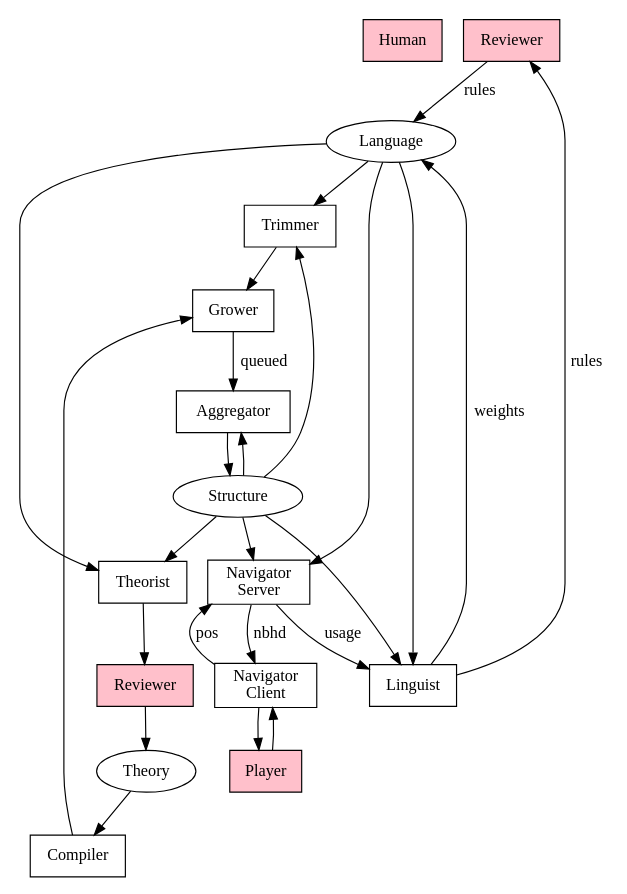
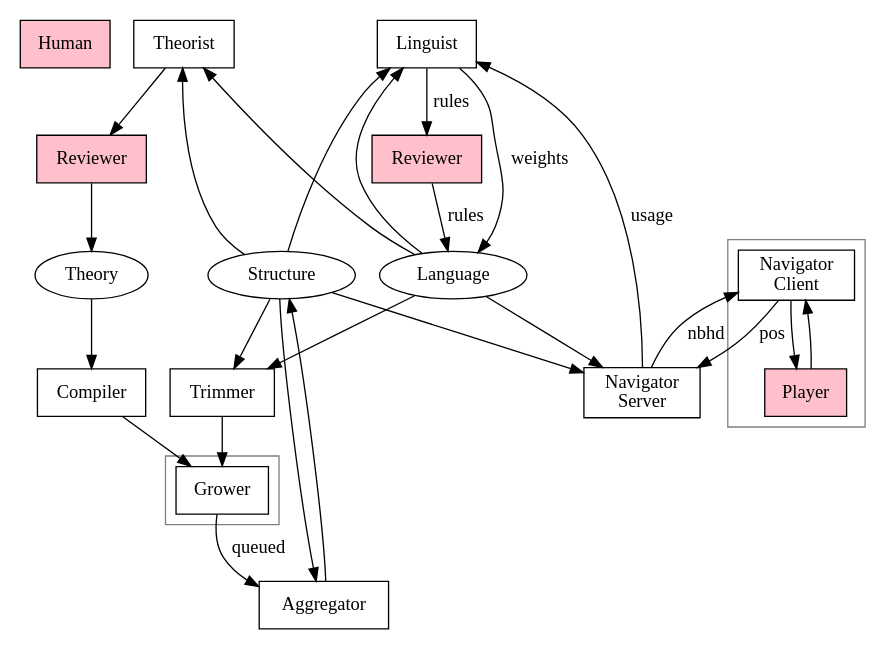
Before and after one commit to fritzo/pomagma: the diagram in doc/architecture.dot, drawn with Graphviz. The commit also changed 2 other files, not shown here.

Commit message:
Tweak architecture diagram

```diff
--- a/doc/architecture.dot
+++ b/doc/architecture.dot
@@ -1,53 +1,64 @@
 digraph G {
 	overlap=false;
 	size="6,6";
 
 	node [shape=box];
 	Human [style=filled, fillcolor=pink];
 
 	lang_reviewer [label="Reviewer", style=filled, fillcolor=pink];
 	theory_reviewer [label="Reviewer", style=filled, fillcolor=pink];
 
-	subgraph _cluster_grower {
+	{
+		rank="min";
+	 	Theorist;
+		Linguist;
+	}
+
+	subgraph cluster_grower {
 		color = gray;
-		Grower;
+		{ rank="min"; Grower; }
 	}
 
 	Structure -> Trimmer;
 	Language -> Trimmer;
 	Trimmer -> Grower;
 	Grower -> Aggregator [label="queued"];
 	Aggregator -> Structure;
 	Structure -> Aggregator;
 
 	Structure -> Theorist;
 	Language ->  Theorist;
-	Theorist -> theory_reviewer -> Theory -> Compiler -> Grower;
+	Theorist -> theory_reviewer;
+	theory_reviewer -> Theory;
+	Theory -> Compiler -> Grower;
 
 	Structure -> Linguist;
 	Language -> Linguist;
 	//Linguist -> lang_reviewer -> Language;
 	Linguist -> Language [label="weights"];
 	Linguist -> lang_reviewer -> Language [label="rules"];
 
-	subgraph _cluster_navigator {
+	subgraph cluster_navigator {
 		color = gray;
 		//node [shape=box];
-		Player [style=filled, fillcolor=pink];
+		{ rank="max"; Player [style=filled, fillcolor=pink]; }
 		nav_client [label="Navigator\nClient"];
 		nav_client -> Player;
 		Player -> nav_client;
 	}
 
 	nav_server [label="Navigator\nServer"];
 	nav_client -> nav_server [label="pos"];
 	nav_server -> nav_client [label="nbhd"];
 	Structure -> nav_server;
 	Language -> nav_server;
 	nav_server -> Linguist [label="usage"];
 
 	// data
-	Language [shape=ellipse];
-	Theory [shape=ellipse];
-	Structure [shape=ellipse];
+	{
+	 	rank="same";
+		Language [shape=ellipse, rank="min"];
+		Theory [shape=ellipse];
+		Structure [shape=ellipse];
+	}
 }
```
